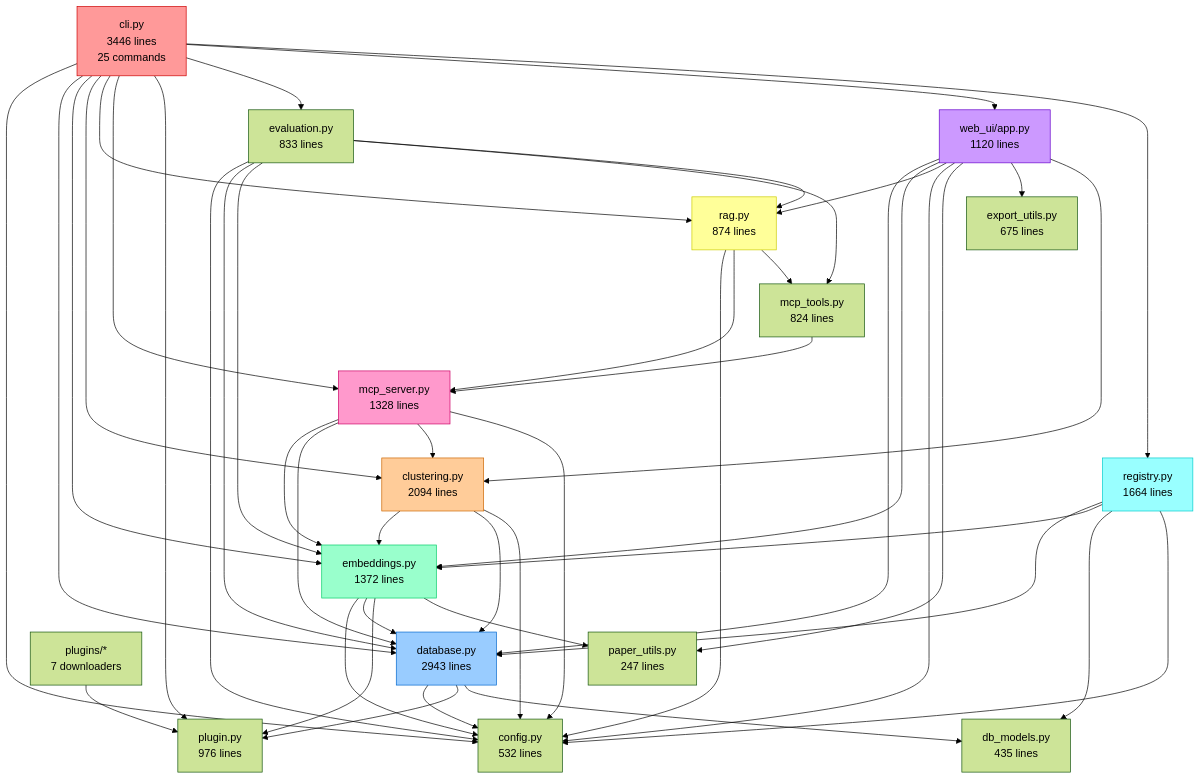
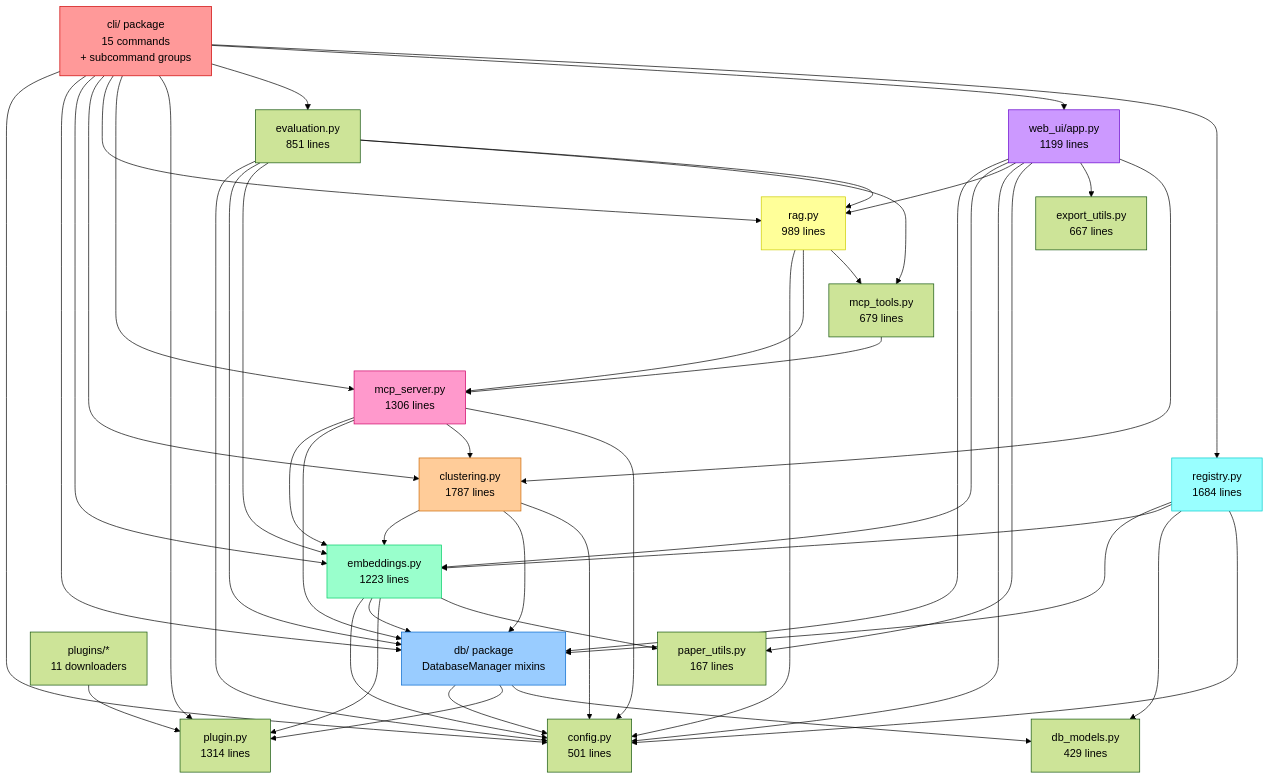
One commit to thawn/abstracts-explorer changed the first of 9 diagrams in docs/architecture.md. Above: the diagram before and after it, drawn with Mermaid (forest theme). The commit also changed other lines of this file and 25 other files, not shown here.

````diff
--- a/docs/architecture.md
+++ b/docs/architecture.md
@@ -31,21 +36,21 @@
 ```{mermaid}
 graph TD
-    CLI[cli.py<br/>3446 lines<br/>25 commands]
-    CFG[config.py<br/>532 lines]
-    DB[database.py<br/>2943 lines]
-    DBM[db_models.py<br/>435 lines]
-    EMB[embeddings.py<br/>1372 lines]
-    CLU[clustering.py<br/>2094 lines]
-    RAG[rag.py<br/>874 lines]
-    MCP[mcp_server.py<br/>1328 lines]
-    MCT[mcp_tools.py<br/>824 lines]
-    WEB[web_ui/app.py<br/>1120 lines]
-    PLG[plugin.py<br/>976 lines]
-    PLI[plugins/*<br/>7 downloaders]
-    EXP[export_utils.py<br/>675 lines]
-    PAP[paper_utils.py<br/>247 lines]
-    REG[registry.py<br/>1664 lines]
-    EVL[evaluation.py<br/>833 lines]
+    CLI[cli/ package<br/>15 commands<br/>+ subcommand groups]
+    CFG[config.py<br/>501 lines]
+    DB[db/ package<br/>DatabaseManager mixins]
+    DBM[db_models.py<br/>429 lines]
+    EMB[embeddings.py<br/>1223 lines]
+    CLU[clustering.py<br/>1787 lines]
+    RAG[rag.py<br/>989 lines]
+    MCP[mcp_server.py<br/>1306 lines]
+    MCT[mcp_tools.py<br/>679 lines]
+    WEB[web_ui/app.py<br/>1199 lines]
+    PLG[plugin.py<br/>1314 lines]
+    PLI[plugins/*<br/>11 downloaders]
+    EXP[export_utils.py<br/>667 lines]
+    PAP[paper_utils.py<br/>167 lines]
+    REG[registry.py<br/>1684 lines]
+    EVL[evaluation.py<br/>851 lines]
 
     CLI --> CFG
     CLI --> DB
````
